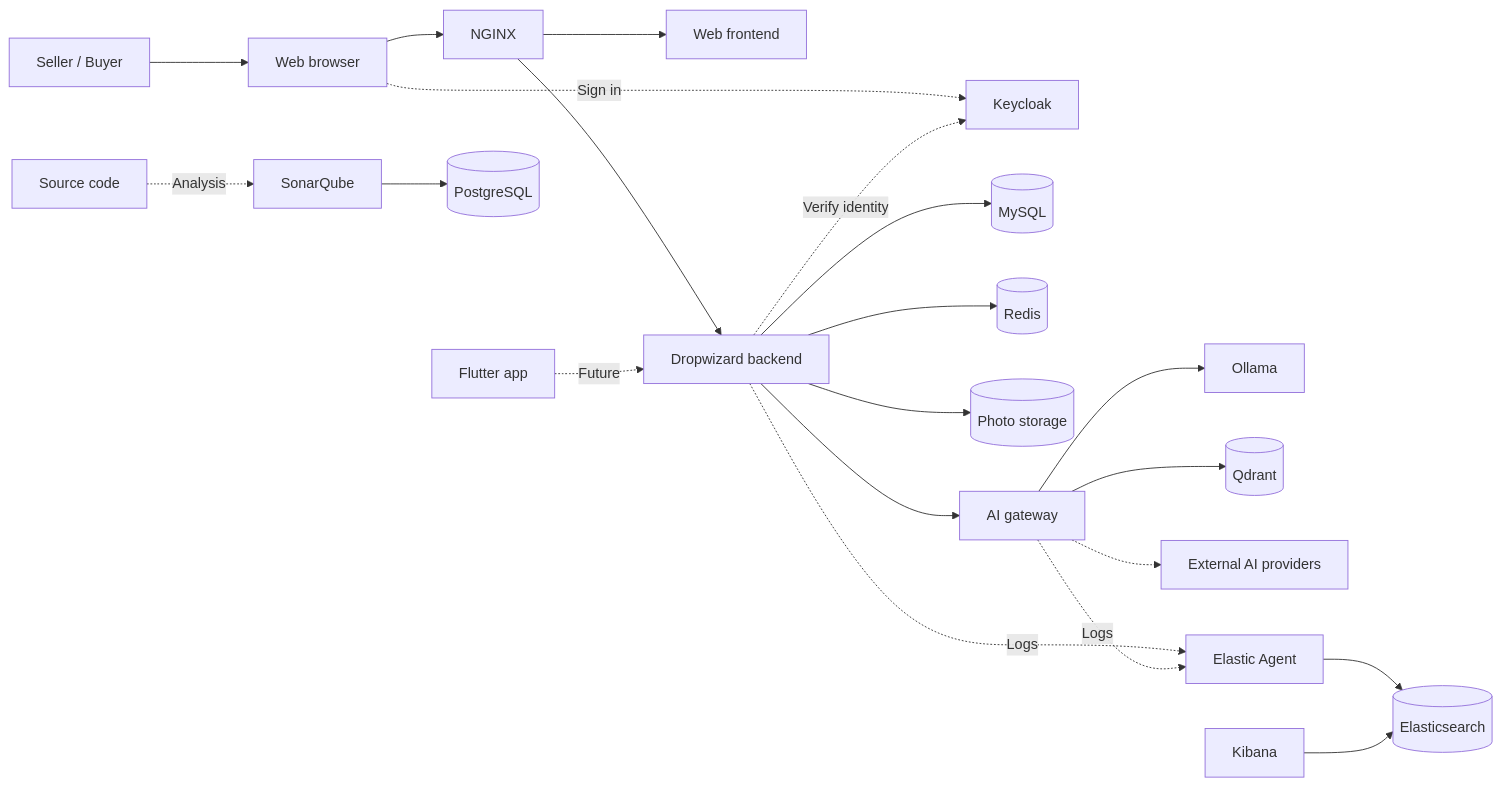
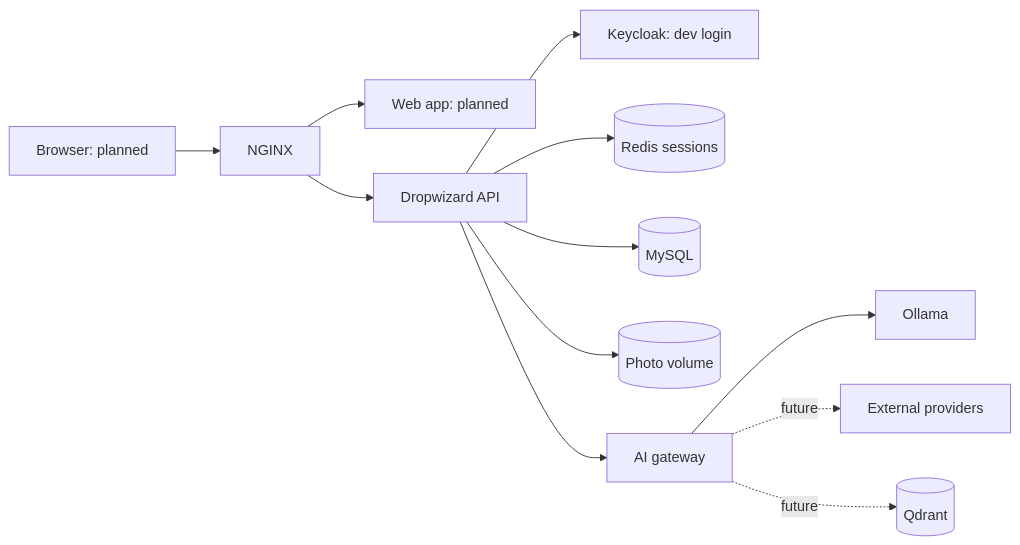
The second of 4 diagrams in README.md (napalm23zero/interview-preparation-zartis_adevinta), drawn with Mermaid before and after one commit. The commit also changed other lines of this file and 65 other files, not shown here.

Commit message:
full functional backend wth NGINX and AI Gateway with ollama for now

````diff
--- a/README.md
+++ b/README.md
@@ -114,25 +101,14 @@
 ```mermaid
 flowchart LR
-    User[Seller / Buyer] --> Browser[Web browser]
-    Browser --> Nginx[NGINX]
-    Nginx --> Web[Web frontend]
-    Nginx --> API[Dropwizard backend]
-    Browser -. Sign in .-> Identity[Keycloak]
-    API -. Verify identity .-> Identity
-    Mobile[Flutter app] -. Future .-> API
-
-    API --> DB[(MySQL)]
-    API --> Cache[(Redis)]
-    API --> Photos[(Photo storage)]
+    Browser[Browser: planned] --> NGINX[NGINX]
+    NGINX --> Web[Web app: planned]
+    NGINX --> API[Dropwizard API]
+    API --> Identity[Keycloak: dev login]
+    API --> Redis[(Redis sessions)]
+    API --> MySQL[(MySQL)]
+    API --> Photos[(Photo volume)]
     API --> Gateway[AI gateway]
     Gateway --> Ollama[Ollama]
-    Gateway --> Vector[(Qdrant)]
-    Gateway -.-> Providers[External AI providers]
-
-    API -. Logs .-> Agent[Elastic Agent]
-    Gateway -. Logs .-> Agent
-    Agent --> Elastic[(Elasticsearch)]
-    Kibana[Kibana] --> Elastic
-    Code[Source code] -. Analysis .-> Sonar[SonarQube]
-    Sonar --> SonarDB[(PostgreSQL)]
+    Gateway -. future .-> Providers[External providers]
+    Gateway -. future .-> Qdrant[(Qdrant)]
 ```
````
